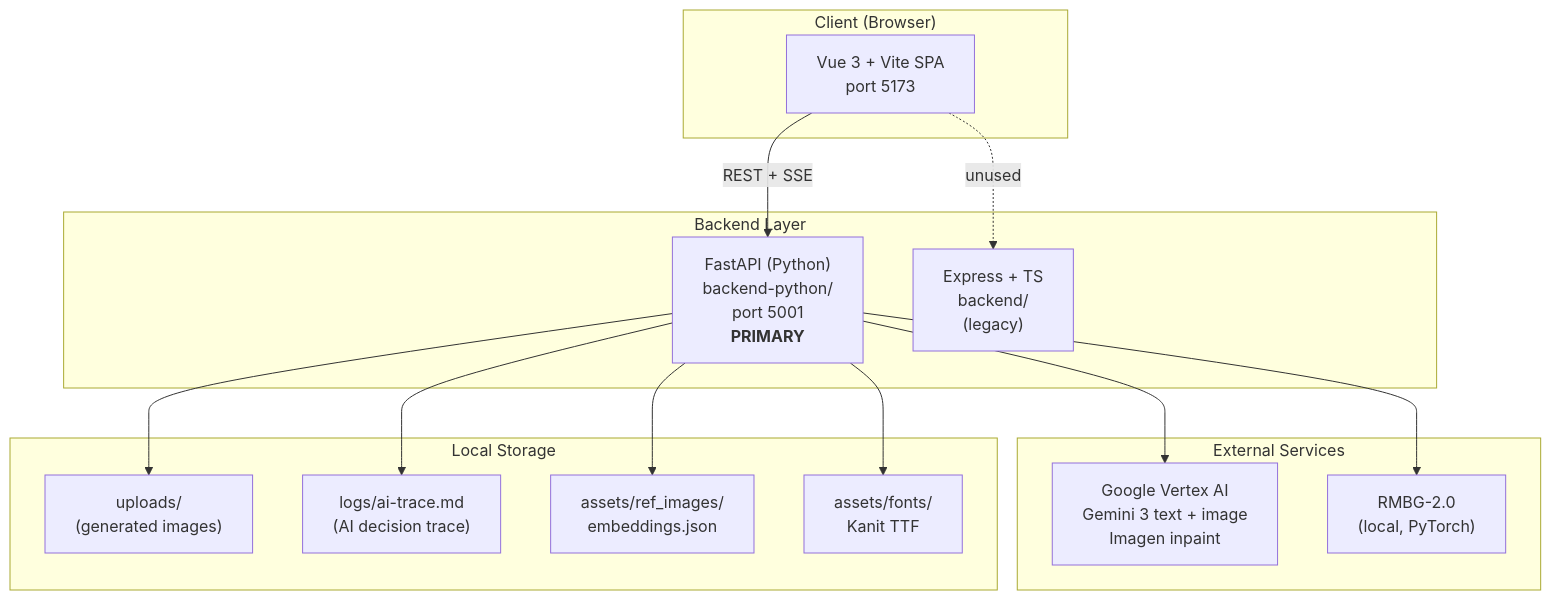
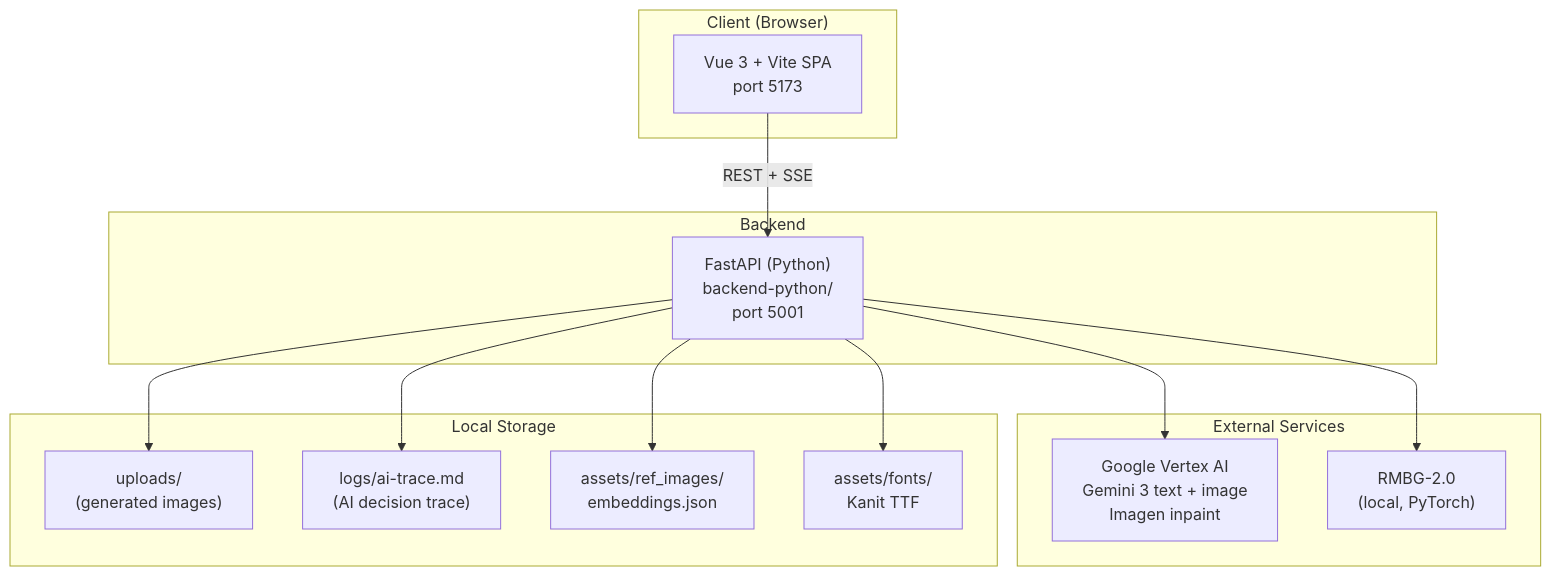
The first of 7 diagrams in architecture.md (Chulinuwu/gen-image-layer-separator), drawn with Mermaid before and after one commit. The commit also changed other lines of this file, not shown here.

Commit message:
refactor: remove legacy Express backend from architecture documentation

````diff
--- a/architecture.md
+++ b/architecture.md
@@ -14,32 +14,30 @@
 ```mermaid
 graph TB
   subgraph Client["Client (Browser)"]
     FE["Vue 3 + Vite SPA<br/>port 5173"]
   end
 
-  subgraph Server["Backend Layer"]
-    PY["FastAPI (Python)<br/>backend-python/<br/>port 5001<br/><b>PRIMARY</b>"]
-    TS["Express + TS<br/>backend/<br/>(legacy)"]
+  subgraph Server["Backend"]
+    PY["FastAPI (Python)<br/>backend-python/<br/>port 5001"]
   end
 
   subgraph External["External Services"]
     VX["Google Vertex AI<br/>Gemini 3 text + image<br/>Imagen inpaint"]
     RMBG["RMBG-2.0<br/>(local, PyTorch)"]
   end
 
   subgraph Storage["Local Storage"]
     UP["uploads/<br/>(generated images)"]
     LOG["logs/ai-trace.md<br/>(AI decision trace)"]
     REF["assets/ref_images/<br/>embeddings.json"]
     FONT["assets/fonts/<br/>Kanit TTF"]
   end
 
   FE -- "REST + SSE" --> PY
-  FE -. "unused" .-> TS
   PY --> VX
   PY --> RMBG
   PY --> UP
   PY --> LOG
   PY --> REF
   PY --> FONT
 ```
````
